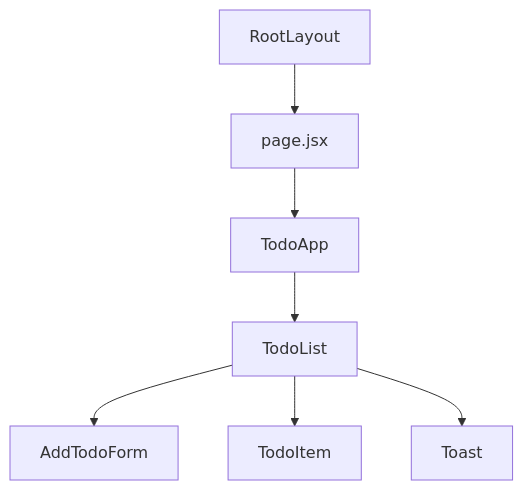
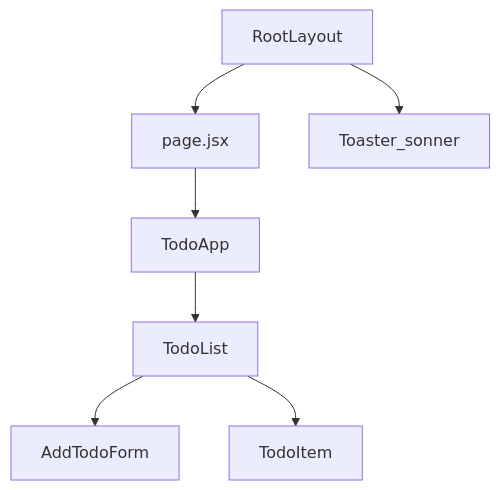
The first of 2 diagrams in README.md (Hyptofon/todo_list), drawn with Mermaid before and after one commit. The commit also changed other lines of this file, not shown here.

````diff
--- a/README.md
+++ b/README.md
@@ -39,11 +39,11 @@
 ```mermaid
 graph TD
     A[RootLayout] --> B[page.jsx]
     B --> C[TodoApp]
     C --> D[TodoList]
     D --> E[AddTodoForm]
     D --> F[TodoItem]
-    D --> G[Toast]
+    A --> H[Toaster_sonner]
     
 
 ```
````
